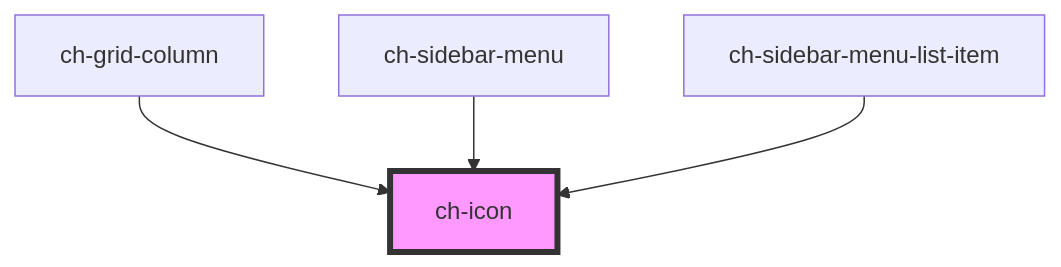
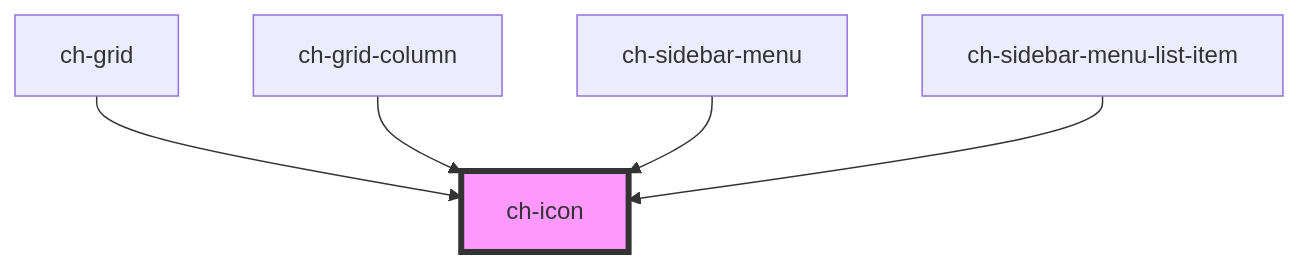
One commit to genexuslabs/chameleon-controls-library changed the diagram in src/components/icon/readme.md. Above: the diagram before and after it, drawn with Mermaid. The commit also changed other lines of this file and 27 other files, not shown here.

````diff
--- a/src/components/icon/readme.md
+++ b/src/components/icon/readme.md
@@ -32,7 +33,8 @@
 ```mermaid
 graph TD;
+  ch-grid --> ch-icon
   ch-grid-column --> ch-icon
   ch-sidebar-menu --> ch-icon
   ch-sidebar-menu-list-item --> ch-icon
   style ch-icon fill:#f9f,stroke:#333,stroke-width:4px
 ```
````
